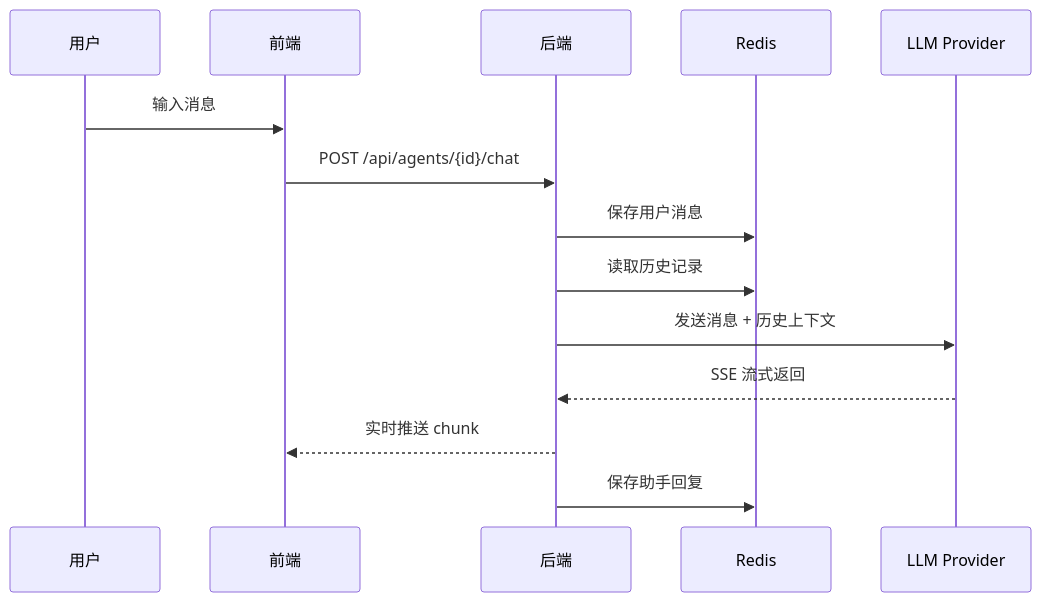
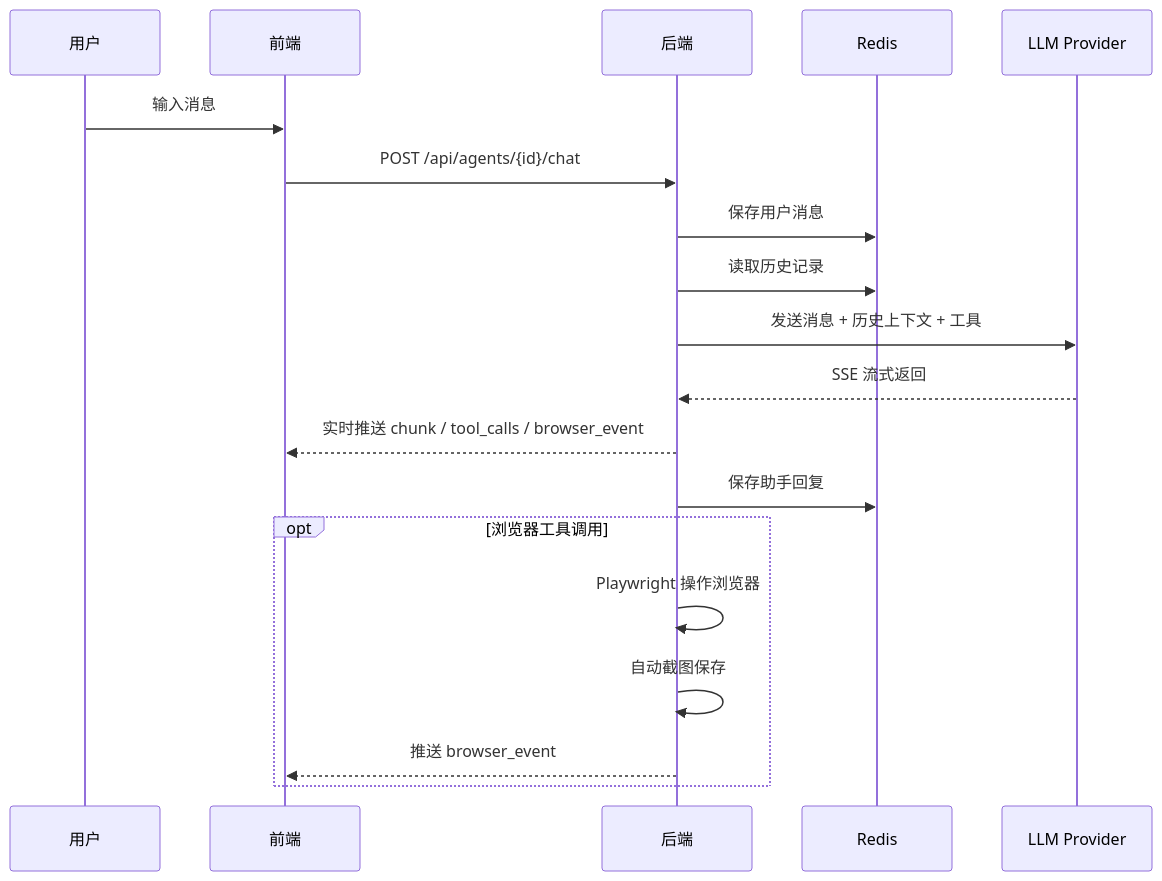
The third of 4 diagrams in README.md (lengfengng1-ai-architect/agent-factory), drawn with Mermaid before and after one commit. The commit also changed other lines of this file and 19 other files, not shown here.

First line of the commit message:
feat(backend+frontend+desktop): embedded browser automation with playwright

````diff
--- a/README.md
+++ b/README.md
@@ -220,17 +224,22 @@
 ```mermaid
 sequenceDiagram
     participant U as 用户
     participant F as 前端
     participant B as 后端
     participant R as Redis
     participant L as LLM Provider
 
     U->>F: 输入消息
     F->>B: POST /api/agents/{id}/chat
     B->>R: 保存用户消息
     B->>R: 读取历史记录
-    B->>L: 发送消息 + 历史上下文
+    B->>L: 发送消息 + 历史上下文 + 工具
     L-->>B: SSE 流式返回
-    B-->>F: 实时推送 chunk
+    B-->>F: 实时推送 chunk / tool_calls / browser_event
     B->>R: 保存助手回复
+    opt 浏览器工具调用
+        B->>B: Playwright 操作浏览器
+        B->>B: 自动截图保存
+        B-->>F: 推送 browser_event
+    end
 ```
````
